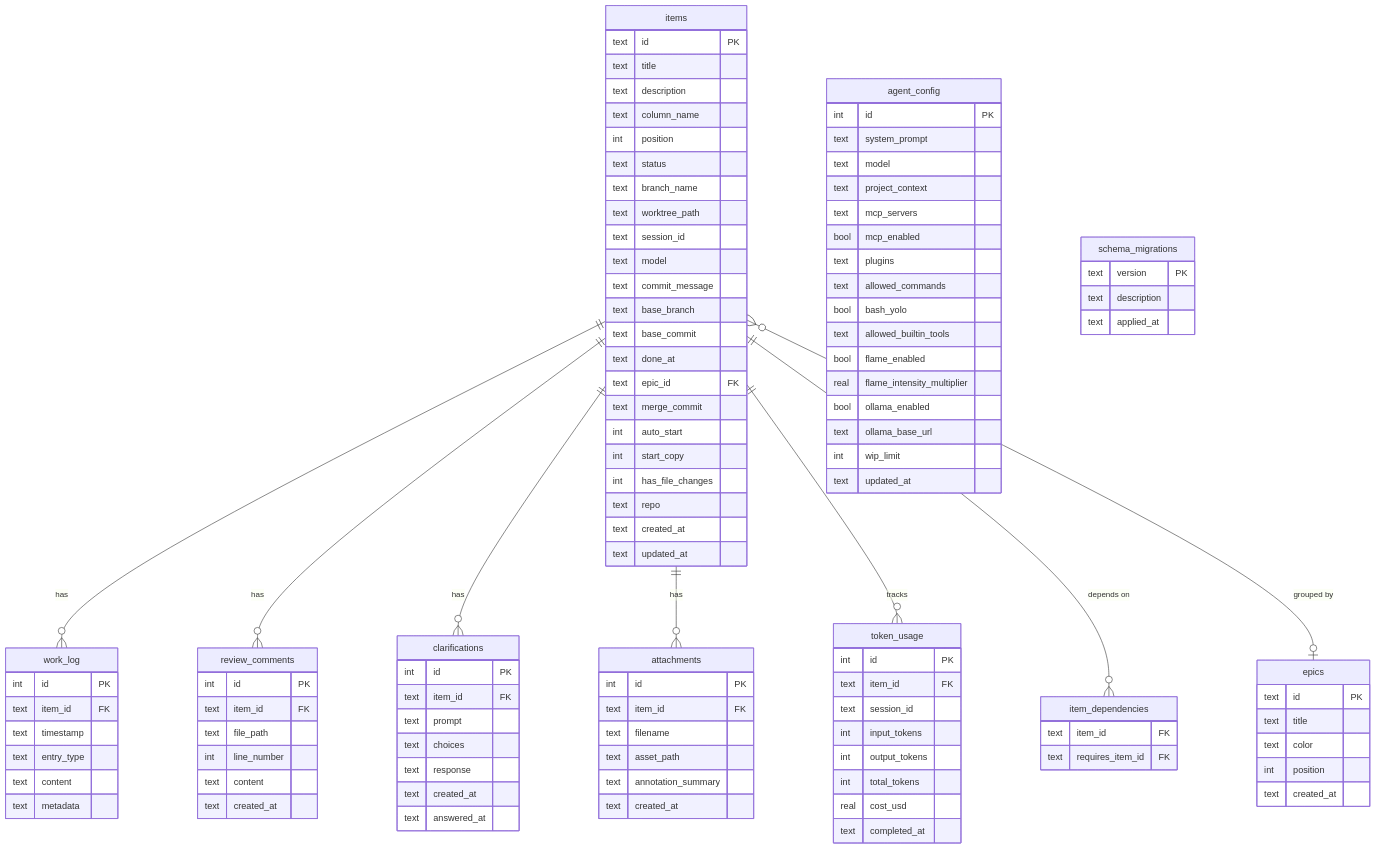
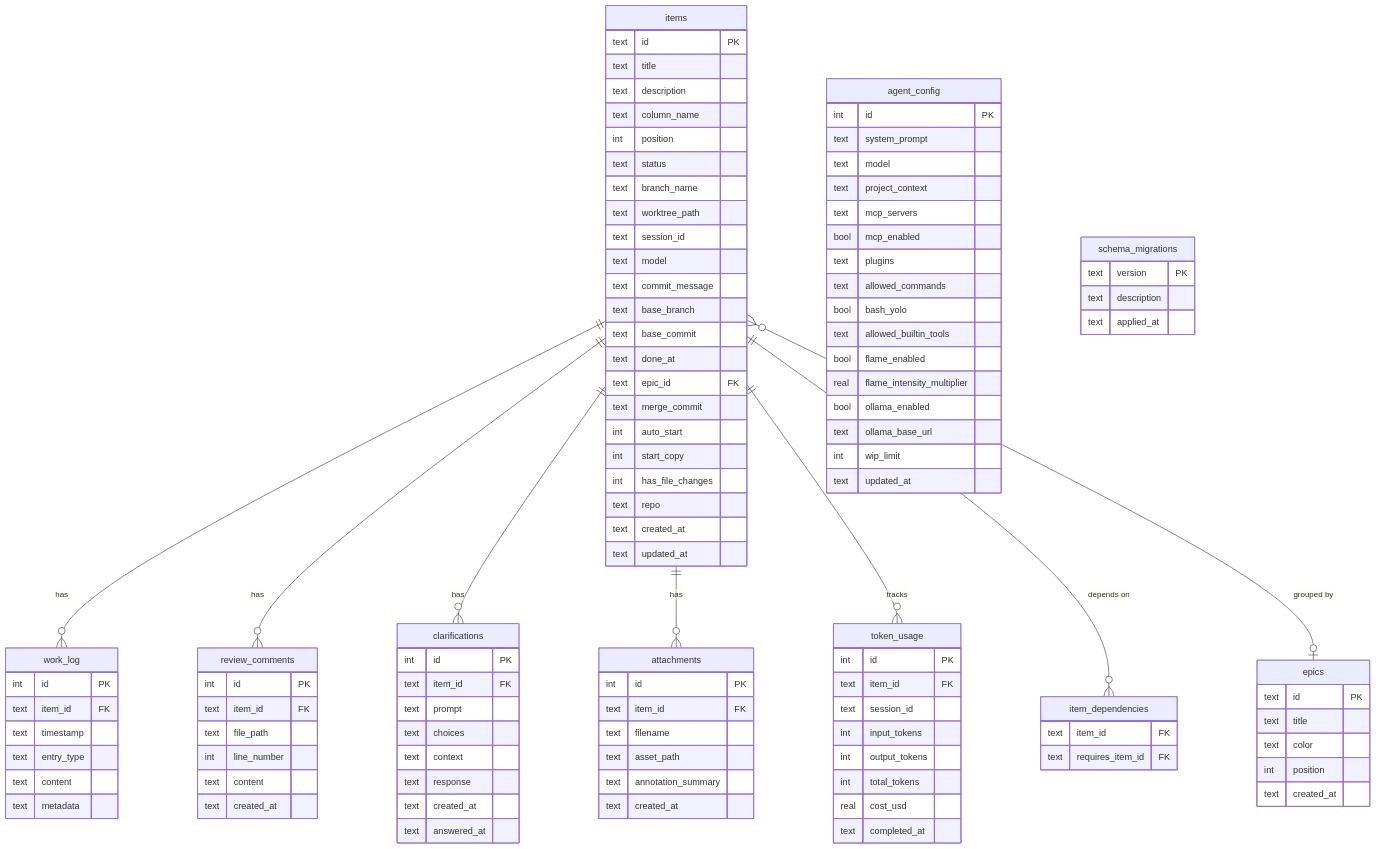
Before and after one commit to epatel/claude-agents-dashboard: the fourth of 4 diagrams in README.md, drawn with Mermaid. The commit also changed other lines of this file and 8 other files, not shown here.

```diff
--- a/README.md
+++ b/README.md
@@ -335,6 +335,7 @@
         text item_id FK
         text prompt
         text choices
+        text context
         text response
         text created_at
         text answered_at
```
